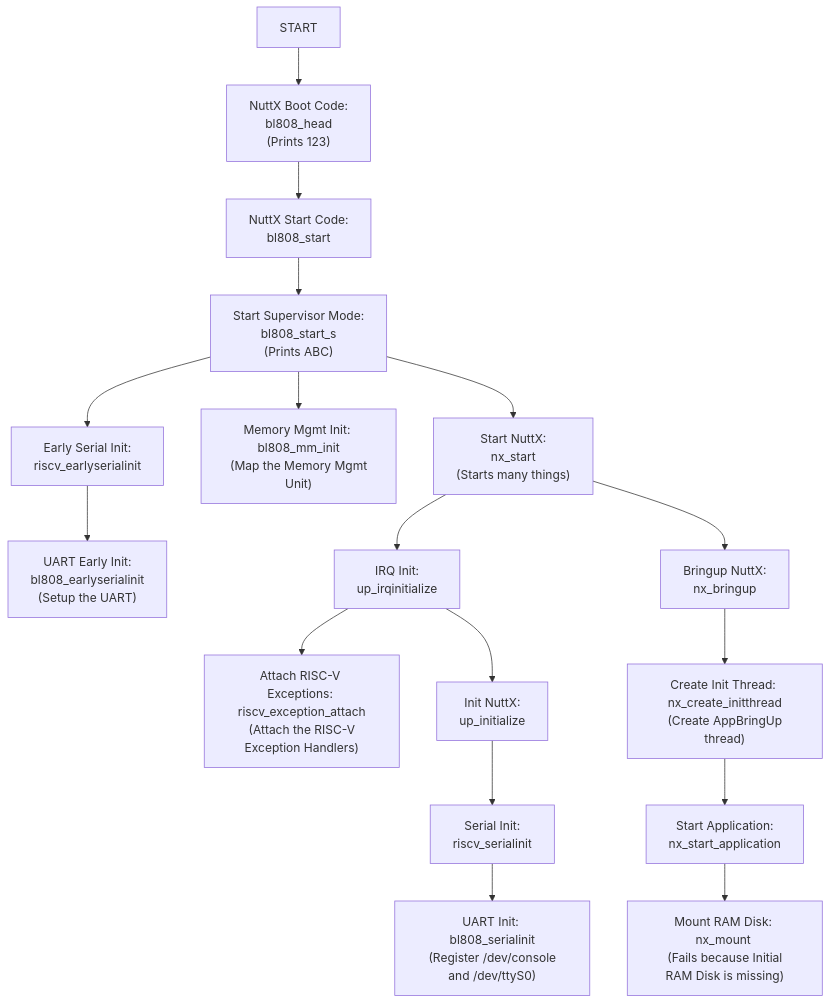
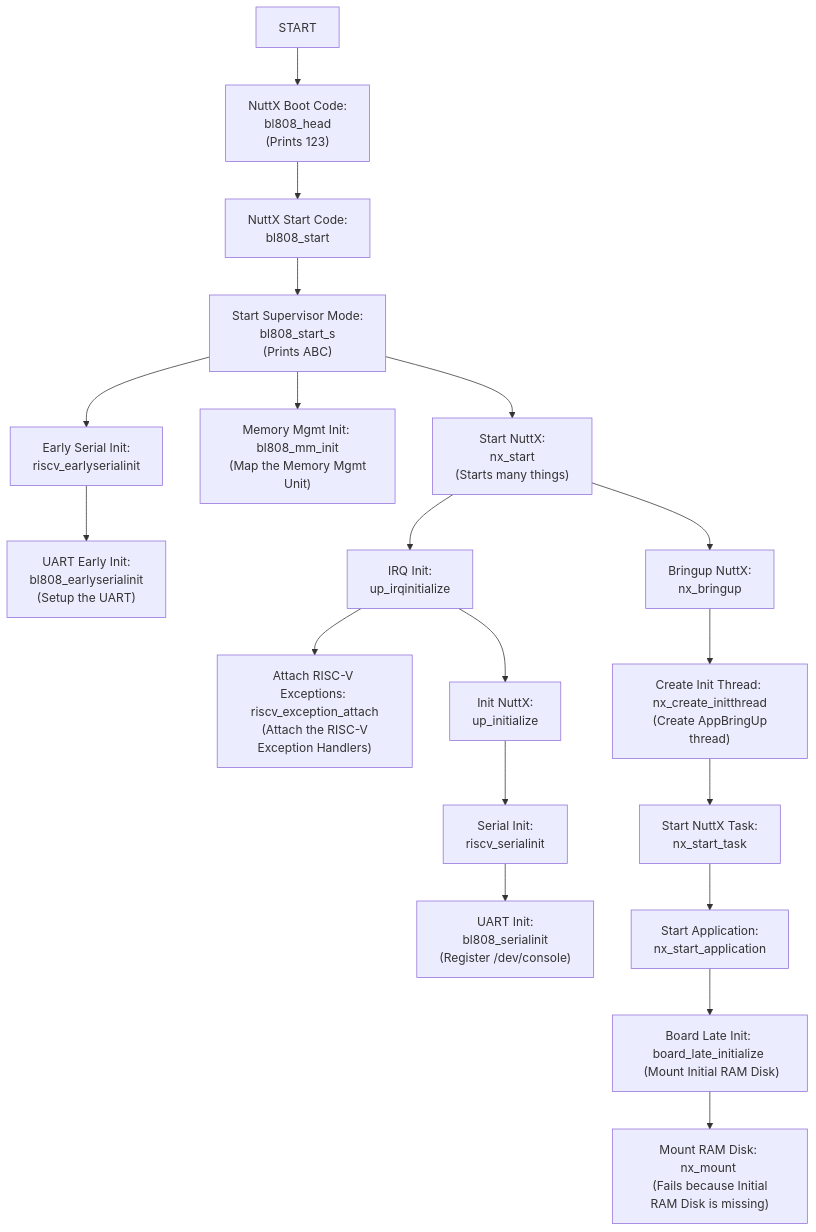
One commit to lupyuen/nuttx-ox64 changed the first of 2 diagrams in README.md. Above: the diagram before and after it, drawn with Mermaid.

Commit message:
Point BL808 to NuttX Mainline

````diff
--- a/README.md
+++ b/README.md
@@ -1471,50 +1471,56 @@
 ```mermaid
 flowchart TD
 START --> bl808_head["NuttX Boot Code: \n bl808_head \n (Prints 123)"]
 click bl808_head href "https://github.com/apache/nuttx/blob/master/arch/risc-v/src/bl808/bl808_head.S#L41-L156" "arch/risc-v/src/bl808/bl808_head.S" _blank
 
 bl808_head --> bl808_start["NuttX Start Code: \n bl808_start"]
 click bl808_start href "https://github.com/apache/nuttx/blob/master/arch/risc-v/src/bl808/bl808_start.c#L254-L297" "arch/risc-v/src/bl808/bl808_start.c" _blank
 
 bl808_start --> bl808_start_s["Start Supervisor Mode: \n bl808_start_s \n (Prints ABC)"]
 click bl808_start_s href "https://github.com/apache/nuttx/blob/master/arch/risc-v/src/bl808/bl808_start.c#L200-L254" "arch/risc-v/src/bl808/bl808_start.c" _blank
 
 bl808_start_s --> riscv_earlyserialinit["Early Serial Init: \n riscv_earlyserialinit"]
 click riscv_earlyserialinit href "https://github.com/apache/nuttx/blob/master/arch/risc-v/src/bl808/bl808_start.c#L297-L314" "arch/risc-v/src/bl808/bl808_start.c" _blank
 
 bl808_start_s --> bl808_mm_init["Memory Mgmt Init: \n bl808_mm_init \n (Map the Memory Mgmt Unit)"]
 click bl808_mm_init href "https://github.com/apache/nuttx/blob/master/arch/risc-v/src/bl808/bl808_mm_init.c#L278-L298" "arch/risc-v/src/bl808/bl808_mm_init.c" _blank
 
 bl808_start_s --> nx_start["Start NuttX: \n nx_start \n (Starts many things)"]
 click nx_start href "https://github.com/apache/nuttx/blob/master/sched/init/nx_start.c#L298-L713" "sched/init/nx_start.c" _blank
 
 riscv_earlyserialinit --> bl808_earlyserialinit["UART Early Init: \n bl808_earlyserialinit \n (Setup the UART)"]
 click bl808_earlyserialinit href "https://github.com/apache/nuttx/blob/master/arch/risc-v/src/bl808/bl808_serial.c#L700-L720" "drivers/serial/uart_16550.c" _blank
 
 nx_start --> up_irqinitialize["IRQ Init: \n up_irqinitialize"]
 click up_irqinitialize href "https://github.com/apache/nuttx/blob/master/arch/risc-v/src/bl808/bl808_irq.c#L41-L103" "arch/risc-v/src/bl808/bl808_irq.c#" _blank
 
 nx_start --> nx_bringup["Bringup NuttX: \n nx_bringup"]
 click nx_bringup href "https://github.com/apache/nuttx/blob/master/sched/init/nx_bringup.c#L379-L468" "sched/init/nx_bringup.c" _blank
 
 up_irqinitialize --> riscv_exception_attach["Attach RISC-V Exceptions: \n riscv_exception_attach \n (Attach the RISC-V Exception Handlers)"]
 click riscv_exception_attach href "https://github.com/apache/nuttx/blob/master/arch/risc-v/src/common/riscv_exception.c#L89-L142" "arch/risc-v/src/common/riscv_exception.c" _blank
 
 up_irqinitialize --> up_initialize["Init NuttX: \n up_initialize"]
 click up_initialize href "https://github.com/apache/nuttx/blob/master/arch/risc-v/src/common/riscv_initialize.c#L70-L132" "arch/risc-v/src/common/riscv_initialize.c" _blank
 
 up_initialize --> riscv_serialinit["Serial Init: \n riscv_serialinit"]
 click riscv_serialinit href "https://github.com/apache/nuttx/blob/master/arch/risc-v/src/bl808/bl808_start.c#L314-L327" "arch/risc-v/src/bl808/bl808_start.c" _blank
 
-riscv_serialinit --> bl808_serialinit["UART Init: \n bl808_serialinit \n (Register /dev/console and /dev/ttyS0)"]
+riscv_serialinit --> bl808_serialinit["UART Init: \n bl808_serialinit \n (Register /dev/console)"]
 click bl808_serialinit href "https://github.com/apache/nuttx/blob/master/arch/risc-v/src/bl808/bl808_serial.c#L720-L762" "drivers/serial/uart_16550.c" _blank
 
 nx_bringup --> nx_create_initthread["Create Init Thread: \n nx_create_initthread \n (Create AppBringUp thread)"]
 click nx_create_initthread href "https://github.com/apache/nuttx/blob/master/sched/init/nx_bringup.c#L336-L375" "sched/init/nx_bringup.c" _blank
 
-nx_create_initthread --> nx_start_application["Start Application: \n nx_start_application"]
+nx_create_initthread --> nx_start_task["Start NuttX Task: \n nx_start_task"]
+click nx_start_task href "https://github.com/apache/nuttx/blob/master/sched/init/nx_bringup.c#L310-L336" "sched/init/nx_bringup.c" _blank
+
+nx_start_task --> nx_start_application["Start Application: \n nx_start_application"]
 click nx_start_application href "https://github.com/apache/nuttx/blob/master/sched/init/nx_bringup.c#L213-L310" "sched/init/nx_bringup.c" _blank
 
-nx_start_application --> nx_mount["Mount RAM Disk: nx_mount \n (Fails because Initial RAM Disk is missing)"]
+nx_start_application --> board_late_initialize["Board Late Init: board_late_initialize \n (Mount Initial RAM Disk)"]
+click board_late_initialize href "https://github.com/apache/nuttx/blob/master/boards/risc-v/bl808/ox64/src/bl808_appinit.c#L134-L167" "boards/risc-v/bl808/ox64/src/bl808_appinit.c" _blank
+
+board_late_initialize --> nx_mount["Mount RAM Disk: nx_mount \n (Fails because Initial RAM Disk is missing)"]
 click nx_mount href "https://github.com/apache/nuttx/blob/master/fs/mount/fs_mount.c#L260-L514" "fs/mount/fs_mount.c" _blank
 ```
````
